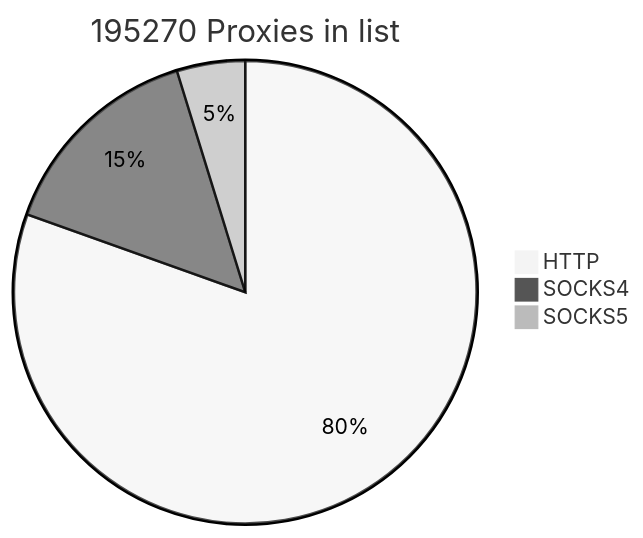
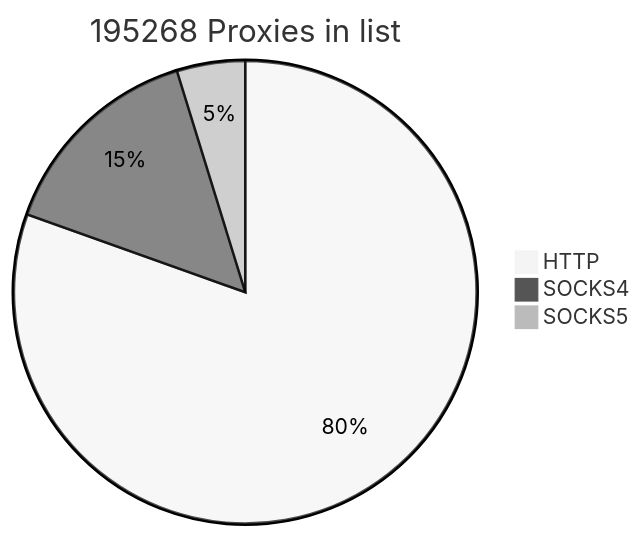
The first of 2 diagrams in README.md (cutipu/proxylist), drawn with Mermaid (neutral theme) before and after one commit. The commit also changed other lines of this file, not shown here.

````diff
--- a/README.md
+++ b/README.md
@@ -2,7 +2,7 @@
 ```mermaid
-pie title 195270 Proxies in list
+pie title 195268 Proxies in list
     "HTTP" : 157107
-    "SOCKS4" : 28859
-    "SOCKS5" : 9304
+    "SOCKS4" : 28858
+    "SOCKS5" : 9303
             
 ```
````
